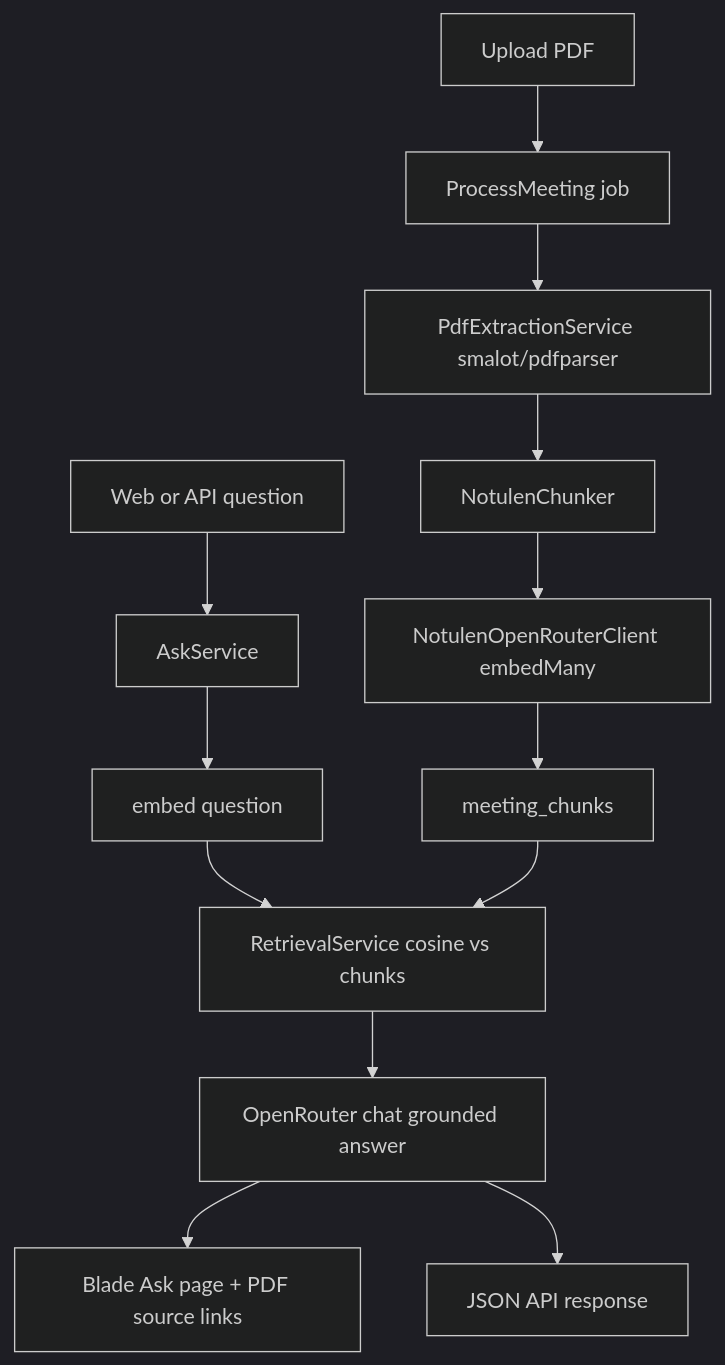
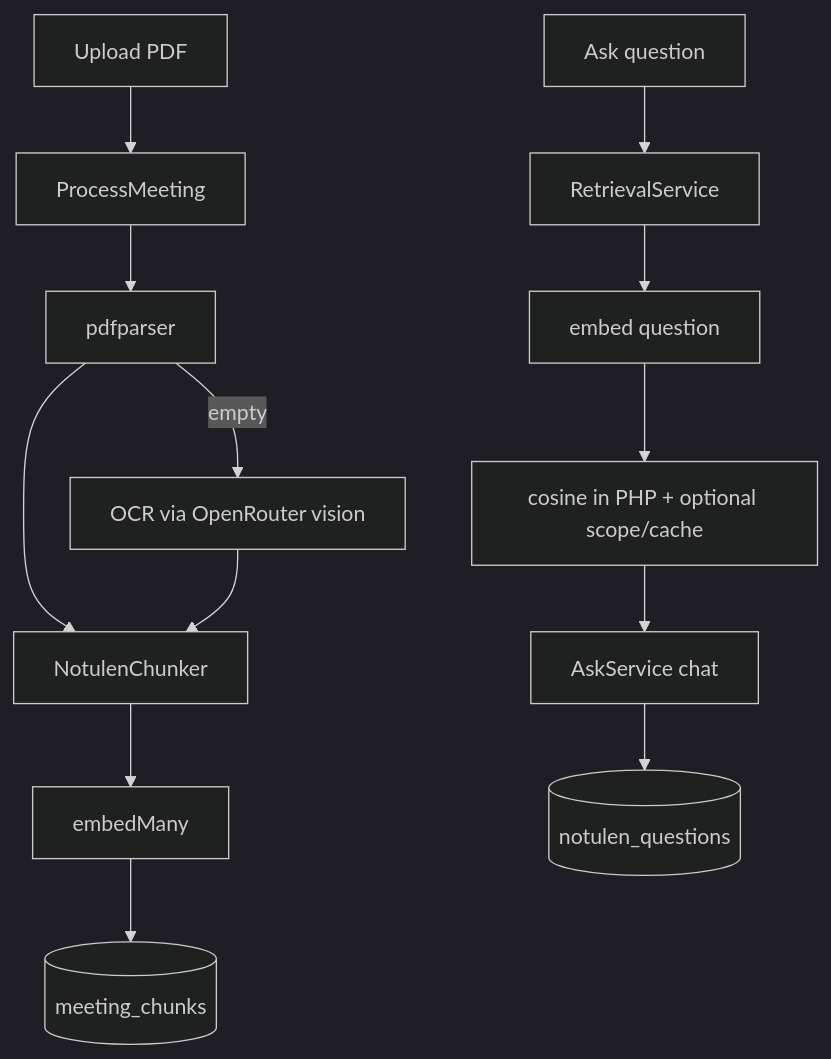
Before and after one commit to rachmanj/payreq-x-v3: the diagram in docs/architecture.md, drawn with Mermaid (dark theme). The commit also changed other lines of this file and 31 other files, not shown here.

````diff
--- a/docs/architecture.md
+++ b/docs/architecture.md
@@ -318,15 +5,15 @@
 ```mermaid
 flowchart TD
-    upload["Upload PDF"] --> job["ProcessMeeting job"]
-    job --> extract["PdfExtractionService smalot/pdfparser"]
-    extract --> chunk["NotulenChunker"]
-    chunk --> embed["NotulenOpenRouterClient embedMany"]
-    embed --> db["meeting_chunks"]
-    askQ["Web or API question"] --> askSvc["AskService"]
-    askSvc --> qEmbed["embed question"]
-    qEmbed --> retrieve["RetrievalService cosine vs chunks"]
-    db --> retrieve
-    retrieve --> chat["OpenRouter chat grounded answer"]
-    chat --> ui["Blade Ask page + PDF source links"]
-    chat --> apiJson["JSON API response"]
+    Upload[Upload PDF] --> Job[ProcessMeeting]
+    Job --> Parse[pdfparser]
+    Parse -->|empty| Ocr[OCR via OpenRouter vision]
+    Parse --> Chunk[NotulenChunker]
+    Ocr --> Chunk
+    Chunk --> Embed[embedMany]
+    Embed --> Store[(meeting_chunks)]
+    Ask[Ask question] --> Retrieve[RetrievalService]
+    Retrieve --> EmbedQ[embed question]
+    EmbedQ --> Cosine[cosine in PHP + optional scope/cache]
+    Cosine --> LLM[AskService chat]
+    LLM --> Log[(notulen_questions)]
 ```
````
